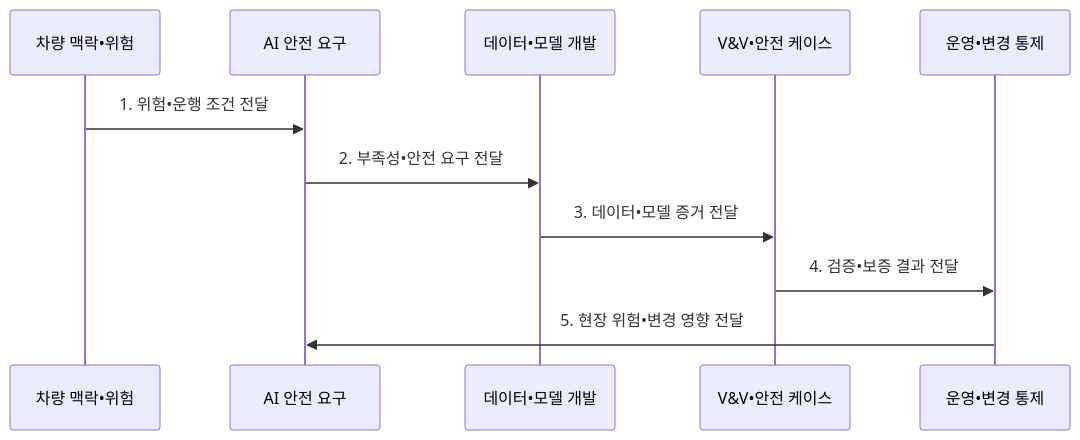
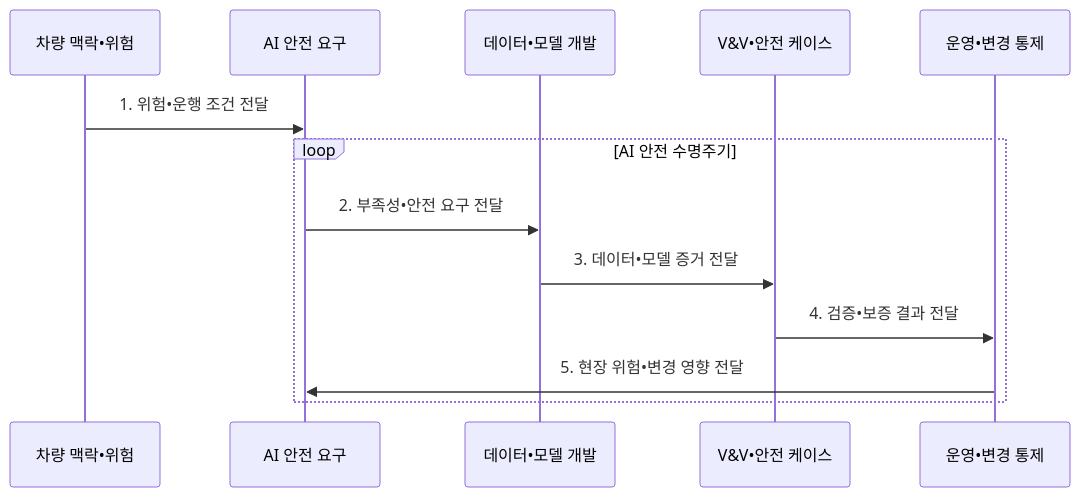
Before and after one commit to agnusdei1207/knowledge-base: the second of 2 diagrams in src/content/docs/notes/08-latest-tech/210_iso_pas_8800_ai_safety.md, drawn with Mermaid. The commit also changed other lines of this file and 15 other files, not shown here.

````diff
--- a/src/content/docs/notes/08-latest-tech/210_iso_pas_8800_ai_safety.md
+++ b/src/content/docs/notes/08-latest-tech/210_iso_pas_8800_ai_safety.md
@@ -105,13 +105,15 @@
 ```mermaid
 sequenceDiagram
     participant C as 차량 맥락•위험
     participant R as AI 안전 요구
     participant D as 데이터•모델 개발
     participant V as V&V•안전 케이스
     participant O as 운영•변경 통제
     C->>R: 1. 위험•운행 조건 전달
-    R->>D: 2. 부족성•안전 요구 전달
-    D->>V: 3. 데이터•모델 증거 전달
-    V->>O: 4. 검증•보증 결과 전달
-    O->>R: 5. 현장 위험•변경 영향 전달
+    loop AI 안전 수명주기
+        R->>D: 2. 부족성•안전 요구 전달
+        D->>V: 3. 데이터•모델 증거 전달
+        V->>O: 4. 검증•보증 결과 전달
+        O->>R: 5. 현장 위험•변경 영향 전달
+    end
 ```
````
